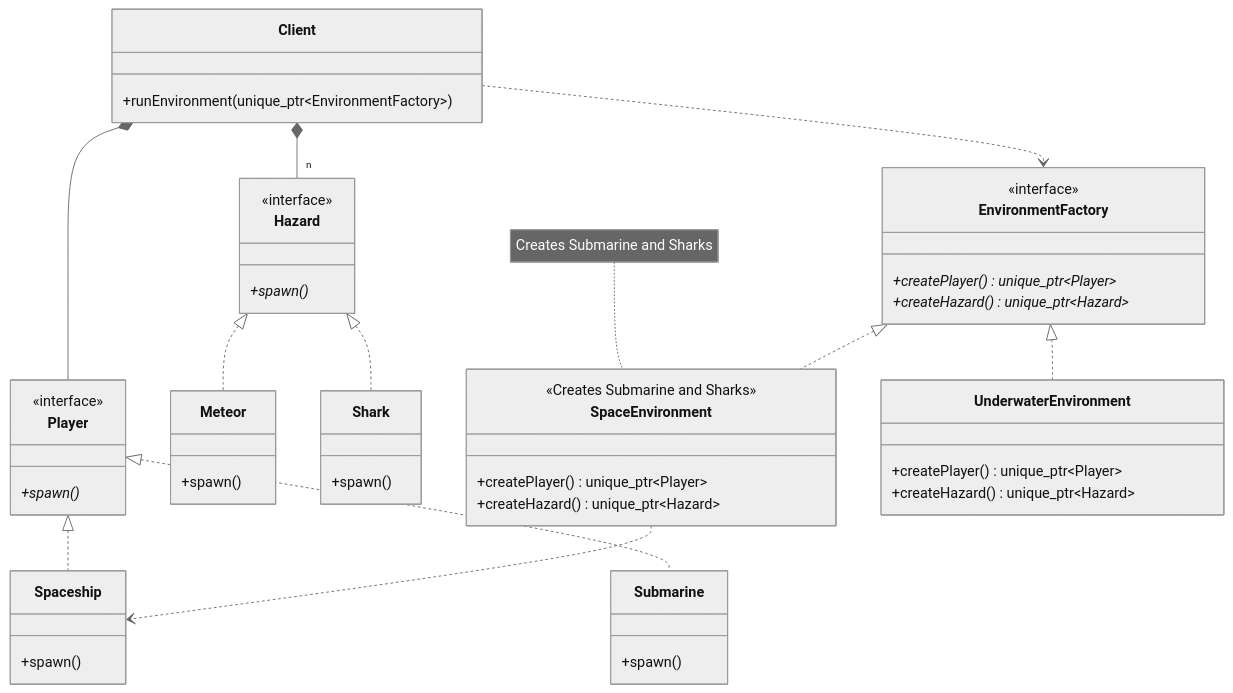
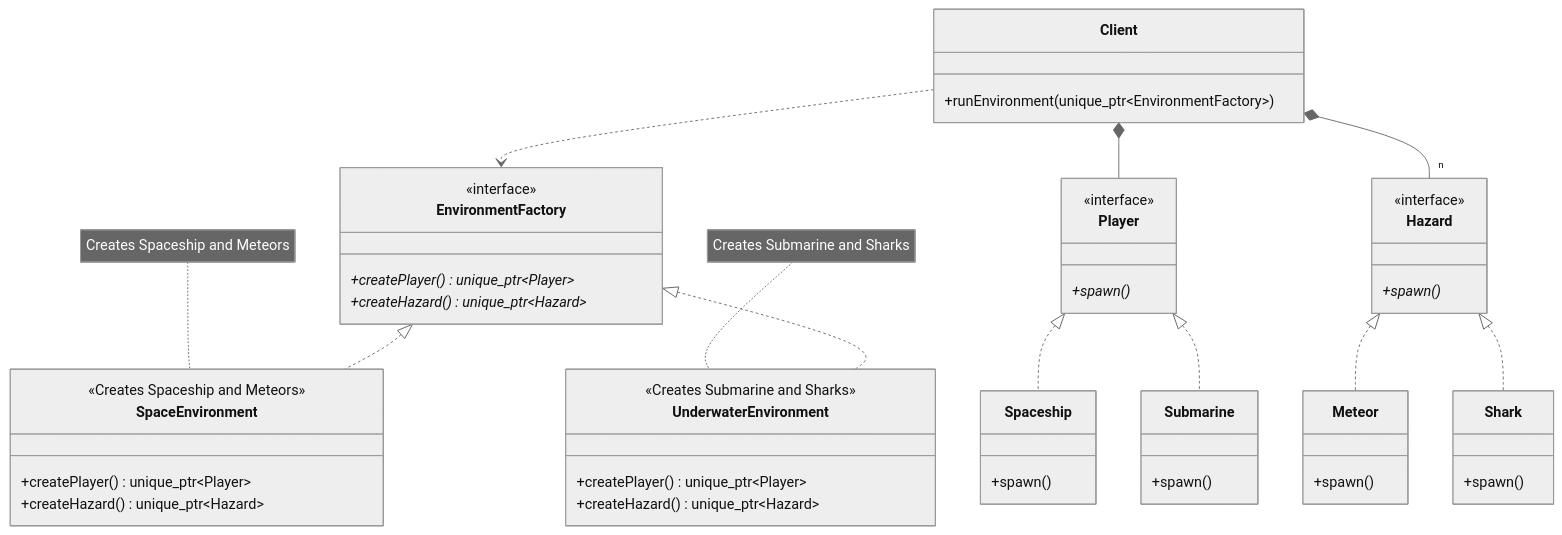
One commit to Cichlidfishexigency721/Modern-CPP-Design-Patterns changed the diagram in 03_AbstractFactoryMethod/README.md. Above: the diagram before and after it, drawn with Mermaid (neutral theme). The commit also changed 1 other file, not shown here.

Commit message:
UML improvement

````diff
--- a/03_AbstractFactoryMethod/README.md
+++ b/03_AbstractFactoryMethod/README.md
@@ -46,59 +46,61 @@
 ```mermaid
 classDiagram
     class Player {
         <<interface>>
         +spawn()*
     }
     class Hazard {
         <<interface>>
         +spawn()*
     }
 
     class Spaceship { +spawn() }
     class Meteor { +spawn() }
     class Submarine { +spawn() }
     class Shark { +spawn() }
 
     class EnvironmentFactory {
         <<interface>>
         +createPlayer()* unique_ptr~Player~
         +createHazard()* unique_ptr~Hazard~
     }
 
     class SpaceEnvironment {
+        <<Creates Spaceship and Meteors>>
+        +createPlayer() unique_ptr~Player~
+        +createHazard() unique_ptr~Hazard~
+    }
+    note for SpaceEnvironment "Creates Spaceship and Meteors"
+
+    class UnderwaterEnvironment {
         <<Creates Submarine and Sharks>>
         +createPlayer() unique_ptr~Player~
         +createHazard() unique_ptr~Hazard~
     }
-    note for SpaceEnvironment "Creates Submarine and Sharks"
-
-    class UnderwaterEnvironment {
-        +createPlayer() unique_ptr~Player~
-        +createHazard() unique_ptr~Hazard~
-    }
+    note for UnderwaterEnvironment "Creates Submarine and Sharks"
 
     class Client {
         +runEnvironment(unique_ptr~EnvironmentFactory~)
     }
 
     %% Inheritance Relationships
     Player <|.. Spaceship
     Player <|.. Submarine
     Hazard <|.. Meteor
     Hazard <|.. Shark
 
     EnvironmentFactory <|.. SpaceEnvironment
     EnvironmentFactory <|.. UnderwaterEnvironment
 
     %% Client interacting with abstractions
     Client ..> EnvironmentFactory
     Client *-- Player
     Client *-- "n" Hazard
 
     %% Creation Dependencies (The Families)
-    SpaceEnvironment ..> Spaceship
+    %%SpaceEnvironment ..> Spaceship
     %%SpaceEnvironment ..> Meteor
     
     %%UnderwaterEnvironment ..> Submarine
     %%UnderwaterEnvironment ..> Shark
 ```
````
